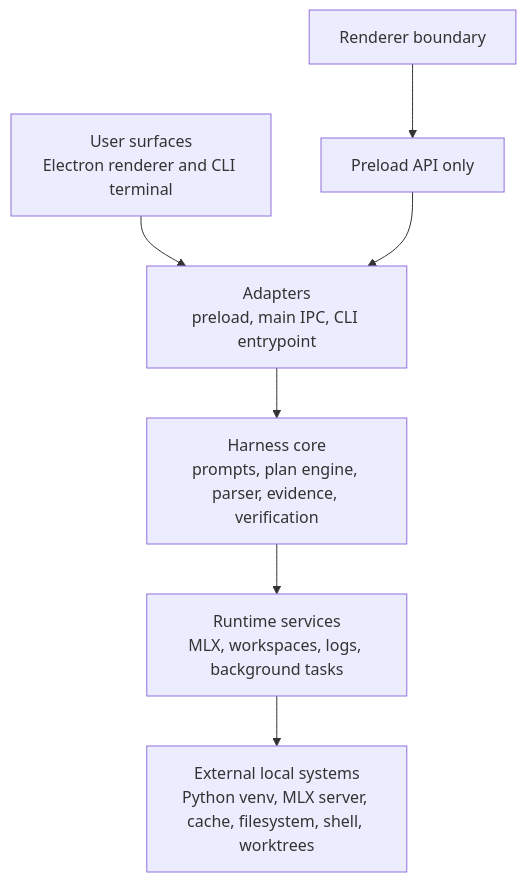
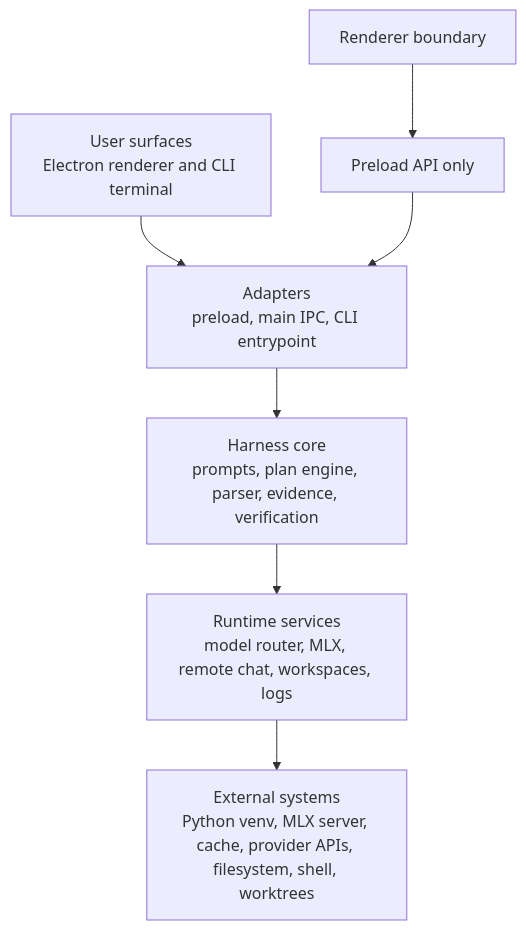
Before and after one commit to martinbechard/gemma_code: the fourth of 9 diagrams in docs/wiki/technical/architecture.md, drawn with Mermaid. The commit also changed other lines of this file and 33 other files, not shown here.

````diff
--- a/docs/wiki/technical/architecture.md
+++ b/docs/wiki/technical/architecture.md
@@ -183,10 +195,10 @@
 ```mermaid
 flowchart TB
   UserSurfaces["User surfaces\nElectron renderer and CLI terminal"] --> Adapters["Adapters\npreload, main IPC, CLI entrypoint"]
   Adapters --> HarnessCore["Harness core\nprompts, plan engine, parser, evidence, verification"]
-  HarnessCore --> RuntimeServices["Runtime services\nMLX, workspaces, logs, background tasks"]
-  RuntimeServices --> LocalSystems["External local systems\nPython venv, MLX server, cache, filesystem, shell, worktrees"]
+  HarnessCore --> RuntimeServices["Runtime services\nmodel router, MLX, remote chat, workspaces, logs"]
+  RuntimeServices --> LocalSystems["External systems\nPython venv, MLX server, cache, provider APIs, filesystem, shell, worktrees"]
 
   RendererBoundary["Renderer boundary"] --> PreloadOnly["Preload API only"]
   PreloadOnly --> Adapters
 ```
````
